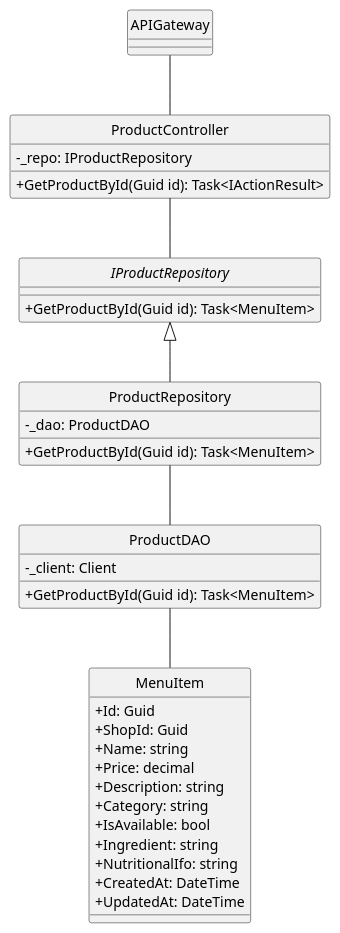
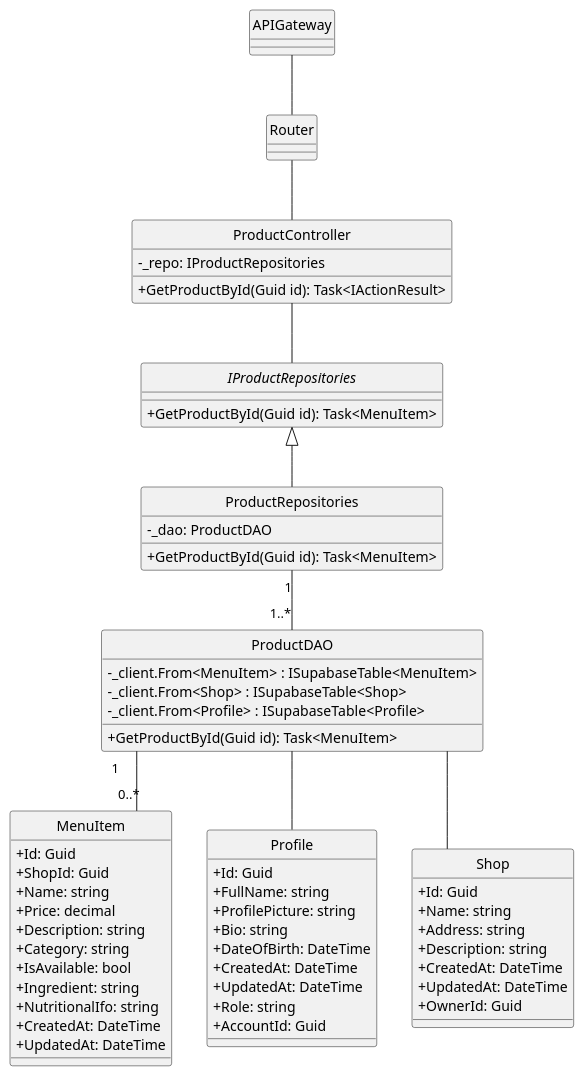
Before and after one commit to minhnhut23/FPT-OBOMS: the diagram in docs/ClassDiagram/Product/GetProductByID.plantuml, drawn with PlantUML. The commit also changed 9 other files, not shown here.

Commit message:
Product + Shop

```diff
--- a/docs/ClassDiagram/Product/GetProductByID.plantuml
+++ b/docs/ClassDiagram/Product/GetProductByID.plantuml
@@ -1,53 +1,84 @@
 @startuml
 hide circle
 skinparam classAttributeIconSize 0
 skinparam linetype ortho
 
 class APIGateway {
 }
+
+class Router {
+}
+
 ' Controller for product operations
 class ProductController {
-    - _repo: IProductRepository
+    - _repo: IProductRepositories
     + GetProductById(Guid id): Task<IActionResult>
 }
 
 ' Repository interface defining the GetProductById method
-interface IProductRepository {
+interface IProductRepositories {
     + GetProductById(Guid id): Task<MenuItem>
 }
 
 ' Repository implementation that delegates to the DAO
-class ProductRepository {
+class ProductRepositories {
     - _dao: ProductDAO
     + GetProductById(Guid id): Task<MenuItem>
 }
 
 ' Data Access Object handling database interactions
 class ProductDAO {
-    - _client: Client
+    - _client.From<MenuItem> : ISupabaseTable<MenuItem>
+    - _client.From<Shop> : ISupabaseTable<Shop>
+    - _client.From<Profile> : ISupabaseTable<Profile>
     + GetProductById(Guid id): Task<MenuItem>
 }
 
 ' Domain model representing a product
 class MenuItem {
     + Id: Guid
     + ShopId: Guid
     + Name: string
     + Price: decimal
     + Description: string
     + Category: string
     + IsAvailable: bool
     + Ingredient: string
     + NutritionalIfo: string
     + CreatedAt: DateTime
     + UpdatedAt: DateTime
 }
 
-' Relationships among classes
-APIGateway -- ProductController
-ProductController -- IProductRepository
-IProductRepository <|-- ProductRepository
-ProductRepository -- ProductDAO
-ProductDAO -- MenuItem
+class Profile {
+    + Id: Guid
+    + FullName: string
+    + ProfilePicture: string
+    + Bio: string
+    + DateOfBirth: DateTime
+    + CreatedAt: DateTime
+    + UpdatedAt: DateTime
+    + Role: string
+    + AccountId: Guid
+}
+
+class Shop {
+    + Id: Guid
+    + Name: string
+    + Address: string
+    + Description: string
+    + CreatedAt: DateTime
+    + UpdatedAt: DateTime
+    + OwnerId: Guid
+}
+
+
+APIGateway -- Router
+Router -- ProductController
+ProductController -- IProductRepositories 
+IProductRepositories <|-- ProductRepositories
+ProductRepositories "1"--"1..*" ProductDAO
+ProductDAO "1" -- "0..*" MenuItem
+ProductDAO -- Shop
+ProductDAO  --  Profile
 
 @enduml
```
